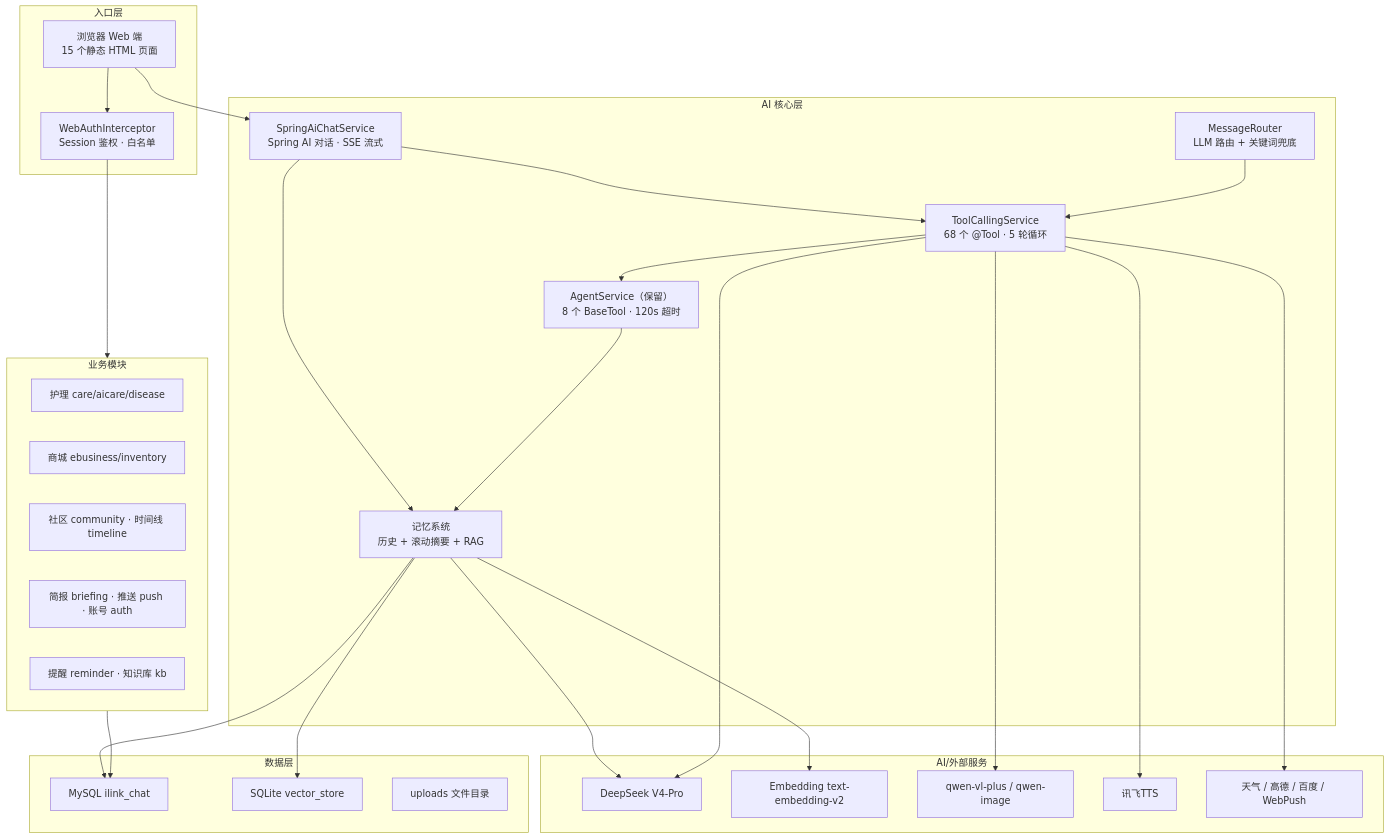
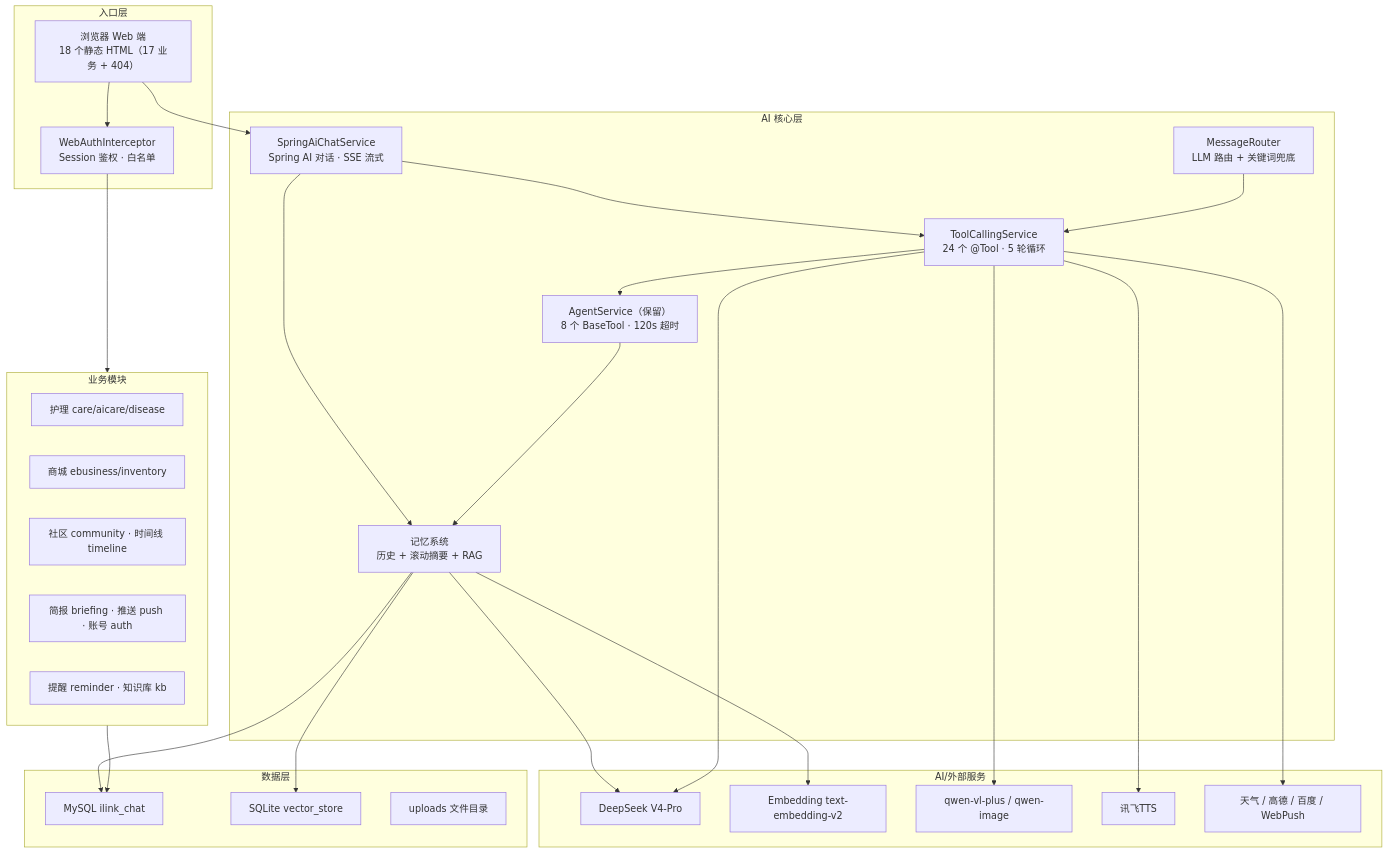
The first of 6 diagrams in 落地文档/项目介绍与记忆RAG系统设计.md (8750shuangyue/WECHATILINK), drawn with Mermaid before and after one commit. The commit also changed other lines of this file and 32 other files, not shown here.

````diff
--- a/落地文档/项目介绍与记忆RAG系统设计.md
+++ b/落地文档/项目介绍与记忆RAG系统设计.md
@@ -28,55 +28,55 @@
 ```mermaid
 flowchart TB
     subgraph E["入口层"]
-        WEB["浏览器 Web 端<br/>15 个静态 HTML 页面"]
+        WEB["浏览器 Web 端<br/>18 个静态 HTML（17 业务 + 404）"]
         AUTH["WebAuthInterceptor<br/>Session 鉴权 · 白名单"]
     end
 
     subgraph C["AI 核心层"]
         SAI["SpringAiChatService<br/>Spring AI 对话 · SSE 流式"]
-        TCS["ToolCallingService<br/>68 个 @Tool · 5 轮循环"]
+        TCS["ToolCallingService<br/>24 个 @Tool · 5 轮循环"]
         AGENT["AgentService（保留）<br/>8 个 BaseTool · 120s 超时"]
         ROUTER["MessageRouter<br/>LLM 路由 + 关键词兜底"]
         MEM["记忆系统<br/>历史 + 滚动摘要 + RAG"]
     end
 
     subgraph B["业务模块"]
         B1["护理 care/aicare/disease"]
         B2["商城 ebusiness/inventory"]
         B3["社区 community · 时间线 timeline"]
         B4["简报 briefing · 推送 push · 账号 auth"]
         B5["提醒 reminder · 知识库 kb"]
     end
 
     subgraph AI["AI/外部服务"]
         A1["DeepSeek V4-Pro"]
         A2["Embedding text-embedding-v2"]
         A3["qwen-vl-plus / qwen-image"]
         A4["讯飞TTS"]
         A5["天气 / 高德 / 百度 / WebPush"]
     end
 
     subgraph D["数据层"]
         D1["MySQL ilink_chat"]
         D2["SQLite vector_store"]
         D3["uploads 文件目录"]
     end
 
     WEB --> AUTH
     WEB --> SAI
     AUTH --> B
     SAI --> TCS
     SAI --> MEM
     TCS --> AGENT
     ROUTER --> TCS
     AGENT --> MEM
     B --> D1
     MEM --> A1
     MEM --> A2
     MEM --> D1
     MEM --> D2
     TCS --> A1
     TCS --> A3
     TCS --> A4
     TCS --> A5
 ```
````
